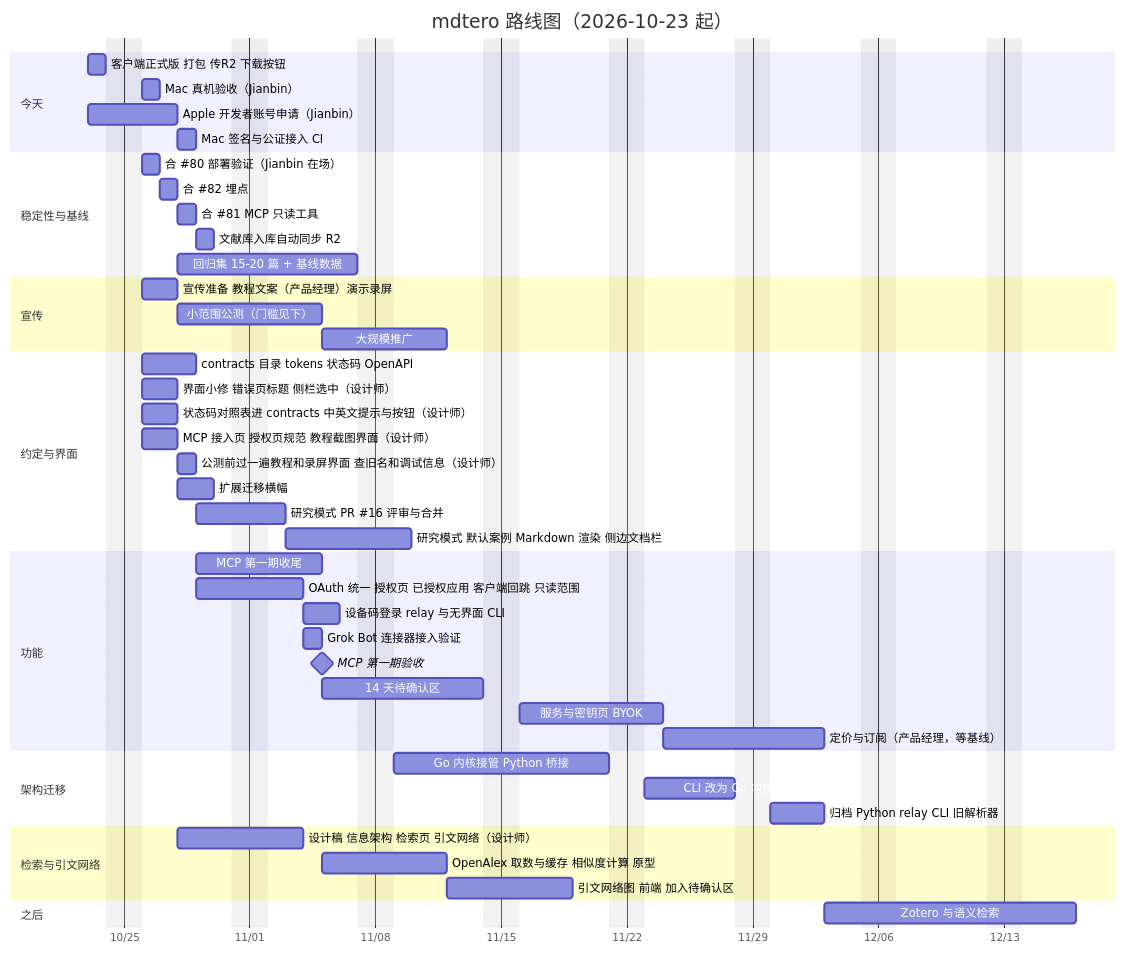
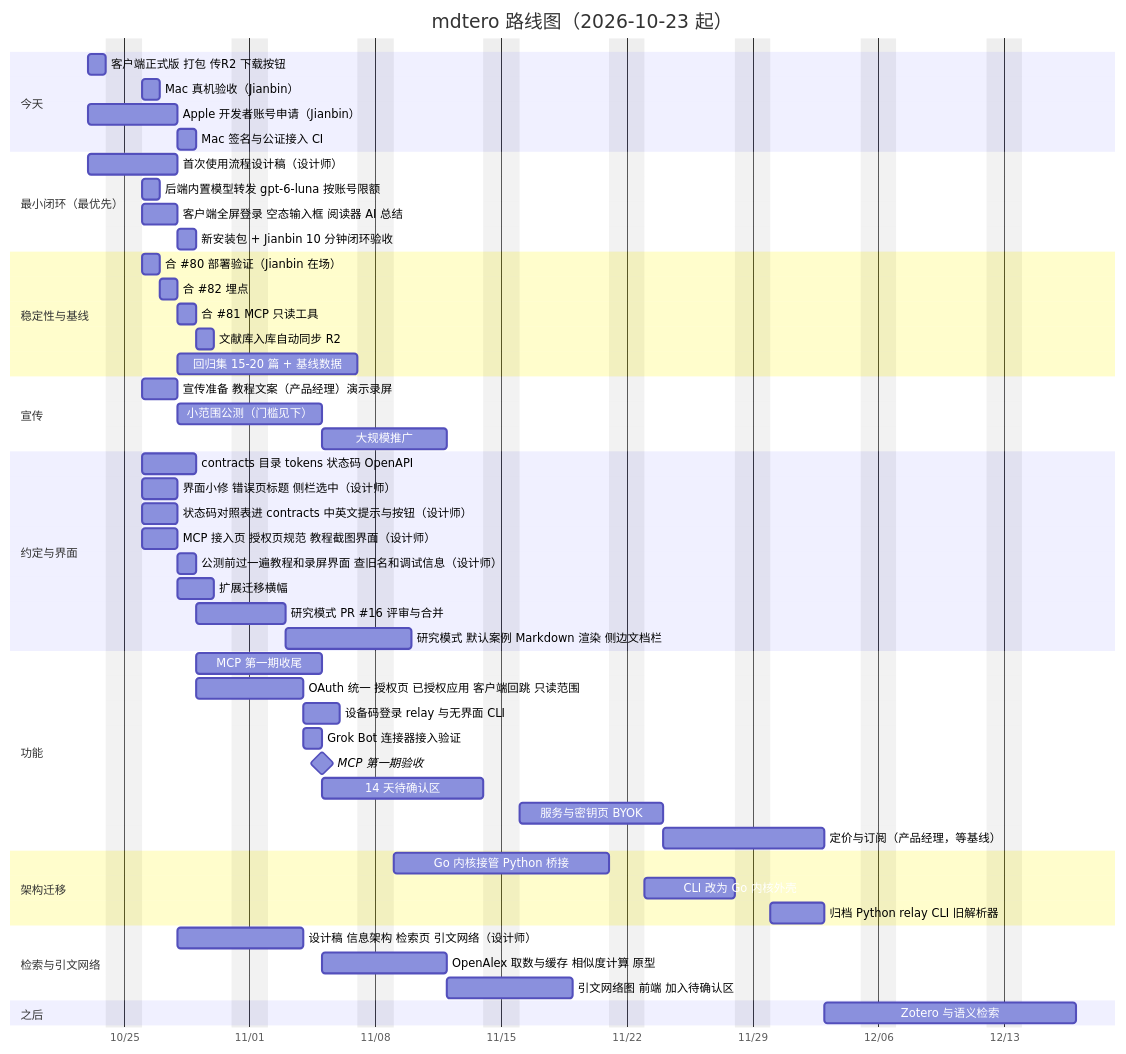
The diagram in docs/roadmap/gantt.md (JonbinC/doi2md), drawn with Mermaid before and after one commit.

Commit message:
docs: gantt adds minimal loop

````diff
--- a/docs/roadmap/gantt.md
+++ b/docs/roadmap/gantt.md
@@ -2,50 +2,55 @@
 ```mermaid
 gantt
     title mdtero 路线图（2026-10-23 起）
     dateFormat YYYY-MM-DD
     axisFormat %m/%d
     excludes weekends
     section 今天
     客户端正式版 打包 传R2 下载按钮      :a1, 2026-10-23, 1d
     Mac 真机验收（Jianbin）               :a2, after a1, 1d
     Apple 开发者账号申请（Jianbin）       :a3, 2026-10-23, 3d
     Mac 签名与公证接入 CI                 :a4, after a3, 1d
+    section 最小闭环（最优先）
+    首次使用流程设计稿（设计师）           :m1, 2026-10-23, 3d
+    后端内置模型转发 gpt-6-luna 按账号限额  :m2, 2026-10-26, 1d
+    客户端全屏登录 空态输入框 阅读器 AI 总结 :m3, 2026-10-26, 2d
+    新安装包 + Jianbin 10 分钟闭环验收      :m4, after m3, 1d
     section 稳定性与基线
     合 #80 部署验证（Jianbin 在场）        :b1, 2026-10-26, 1d
     合 #82 埋点                           :b2, after b1, 1d
     合 #81 MCP 只读工具                   :b3, after b2, 1d
     文献库入库自动同步 R2                  :b5, after b3, 1d
     回归集 15-20 篇 + 基线数据             :b4, after b2, 8d
     section 宣传
     宣传准备 教程文案（产品经理）演示录屏    :p1, 2026-10-26, 2d
     小范围公测（门槛见下）                 :p2, 2026-10-28, 6d
     大规模推广                            :p3, after d4, 5d
     section 约定与界面
     contracts 目录 tokens 状态码 OpenAPI  :c1, 2026-10-26, 3d
     界面小修 错误页标题 侧栏选中（设计师） :c2, 2026-10-26, 2d
     状态码对照表进 contracts 中英文提示与按钮（设计师） :c5, 2026-10-26, 2d
     MCP 接入页 授权页规范 教程截图界面（设计师） :c6, 2026-10-26, 2d
     公测前过一遍教程和录屏界面 查旧名和调试信息（设计师） :c7, after c6, 1d
     扩展迁移横幅                          :c4, 2026-10-28, 2d
     研究模式 PR #16 评审与合并             :c3, after c1, 3d
     研究模式 默认案例 Markdown 渲染 侧边文档栏 :c8, after c3, 5d
     section 功能
     MCP 第一期收尾                         :d1, after b3, 5d
     OAuth 统一 授权页 已授权应用 客户端回跳 只读范围 :o1, after b3, 4d
     设备码登录 relay 与无界面 CLI               :o2, after o1, 2d
     Grok Bot 连接器接入验证                    :g1, after o1, 1d
     MCP 第一期验收                         :milestone, d4, after d1 o1 g1 a4, 0d
     14 天待确认区                          :d2, after d4, 7d
     服务与密钥页 BYOK                      :d3, after d2, 6d
     定价与订阅（产品经理，等基线）          :d5, after d3, 7d
     section 架构迁移
     Go 内核接管 Python 桥接                :e1, 2026-11-09, 10d
     CLI 改为 Go 内核外壳                   :e2, after e1, 5d
     归档 Python relay CLI 旧解析器         :e3, after e2, 3d
     section 检索与引文网络
     设计稿 信息架构 检索页 引文网络（设计师） :s1, 2026-10-28, 5d
     OpenAlex 取数与缓存 相似度计算 原型       :s2, after d4, 5d
     引文网络图 前端 加入待确认区               :s3, after s2, 5d
     section 之后
     Zotero 与语义检索                      :f1, after d5, 10d
 ```
````
